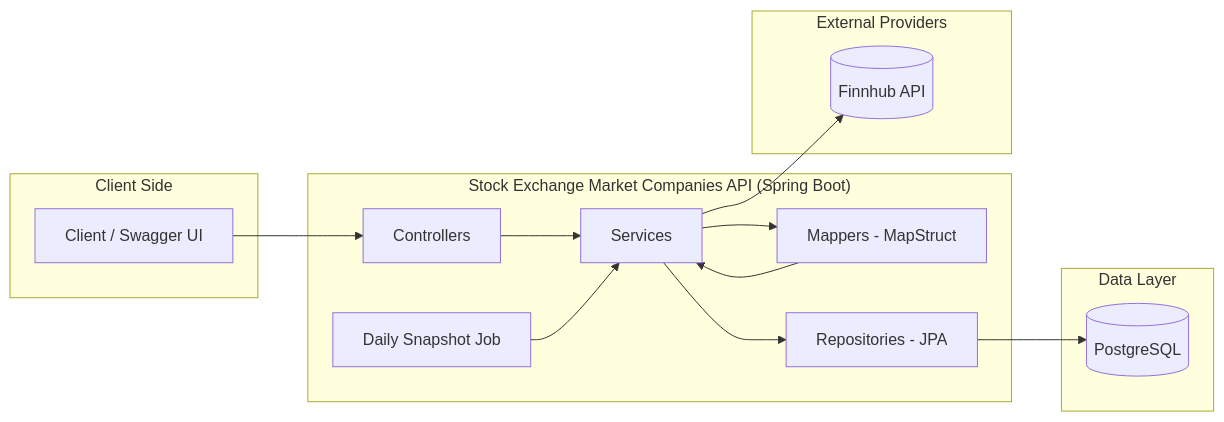
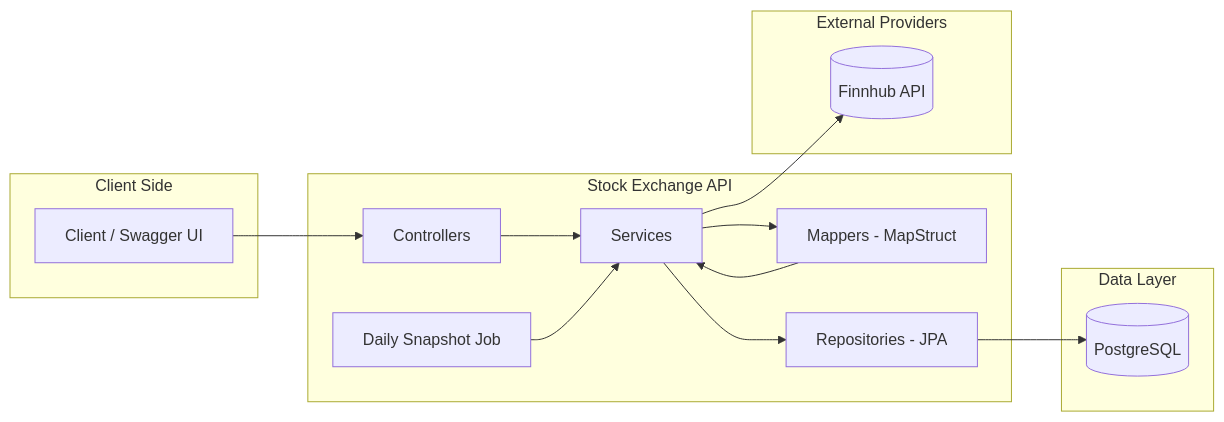
Before and after one commit to danevairena/stock-exchange-market-companies: the diagram in README.md, drawn with Mermaid.

````diff
--- a/README.md
+++ b/README.md
@@ -43,35 +43,35 @@
 ```mermaid
 flowchart LR
   subgraph ClientSide["Client Side"]
     Client["Client / Swagger UI"]
   end
 
-  subgraph App["Stock Exchange Market Companies API (Spring Boot)"]
+  subgraph App["Stock Exchange API"]
     Controller["Controllers"]
     Service["Services"]
     Mapper["Mappers - MapStruct"]
     Repo["Repositories - JPA"]
     Scheduler["Daily Snapshot Job"]
   end
 
   subgraph Data["Data Layer"]
     DB[("PostgreSQL")]
   end
 
   subgraph External["External Providers"]
     Finnhub[("Finnhub API")]
   end
 
   Client --> Controller
   Controller --> Service
 
   Service --> Mapper
   Mapper --> Service
 
   Service --> Repo
   Repo --> DB
 
   Scheduler --> Service
 
   Service --> Finnhub
 ```
````
